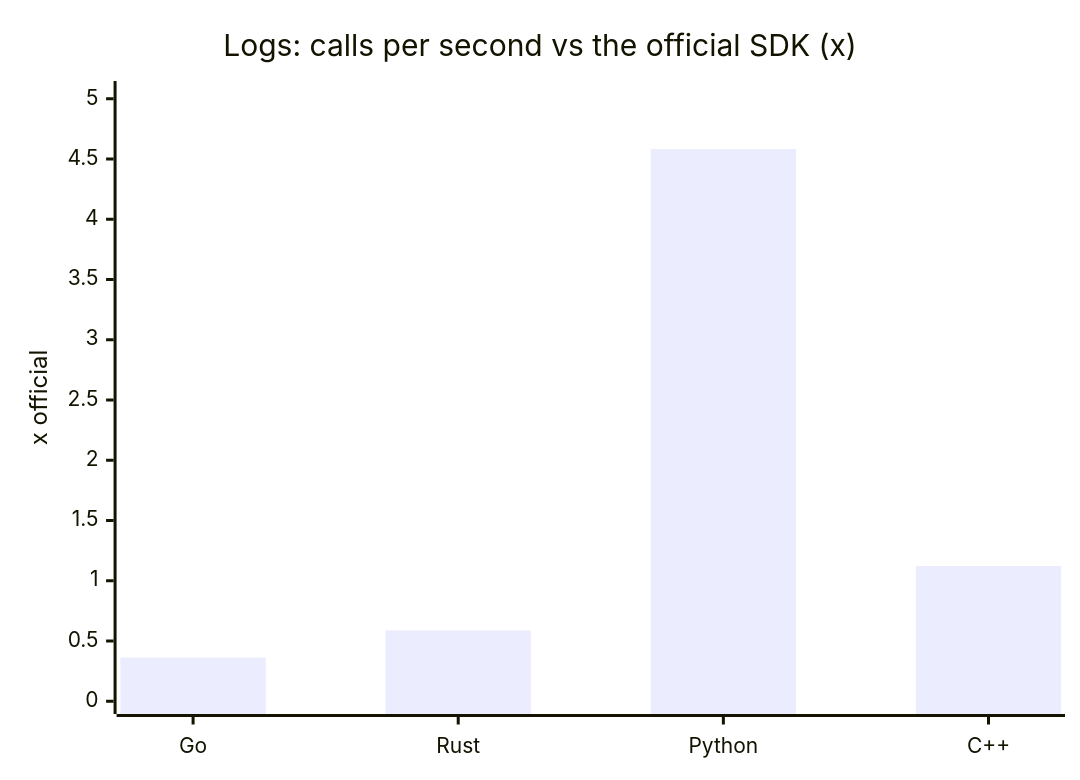
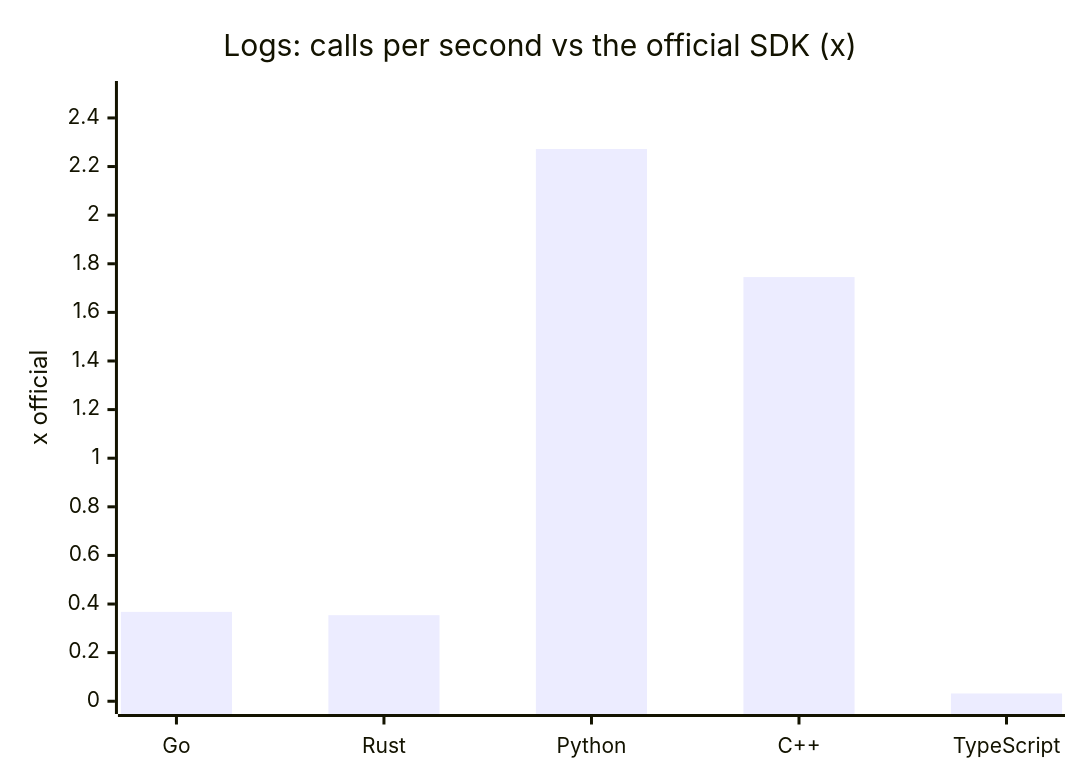
The seventh of 24 diagrams in docs/benchmark.md (the-protobuf-project/telemetry), drawn with Mermaid before and after one commit. The commit also changed other lines of this file and 1 other file, not shown here.

First line of the commit message:
docs(bench): rerun every SDK at 1M records per signal, TypeScript included

````diff
--- a/docs/benchmark.md
+++ b/docs/benchmark.md
@@ -87,7 +87,7 @@
 ```mermaid
 xychart-beta
     title "Logs: calls per second vs the official SDK (x)"
-    x-axis ["Go", "Rust", "Python", "C++"]
-    y-axis "x official" 0 --> 5.04157
-    bar [0.36235, 0.58823, 4.58325, 1.12191]
+    x-axis ["Go", "Rust", "Python", "C++", "TypeScript"]
+    y-axis "x official" 0 --> 2.49953
+    bar [0.367814, 0.354085, 2.2723, 1.74523, 0.0319351]
 ```
````
